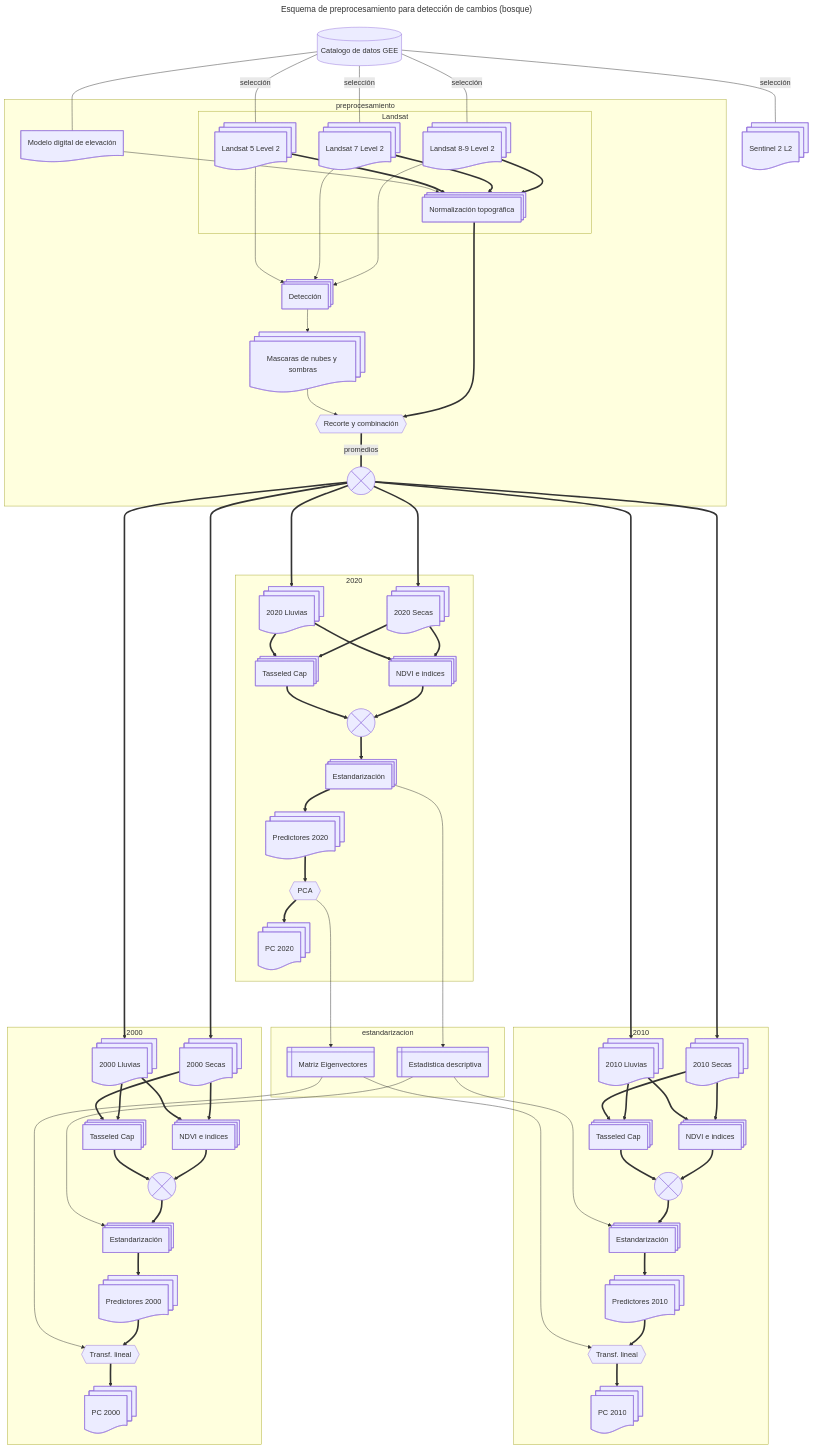
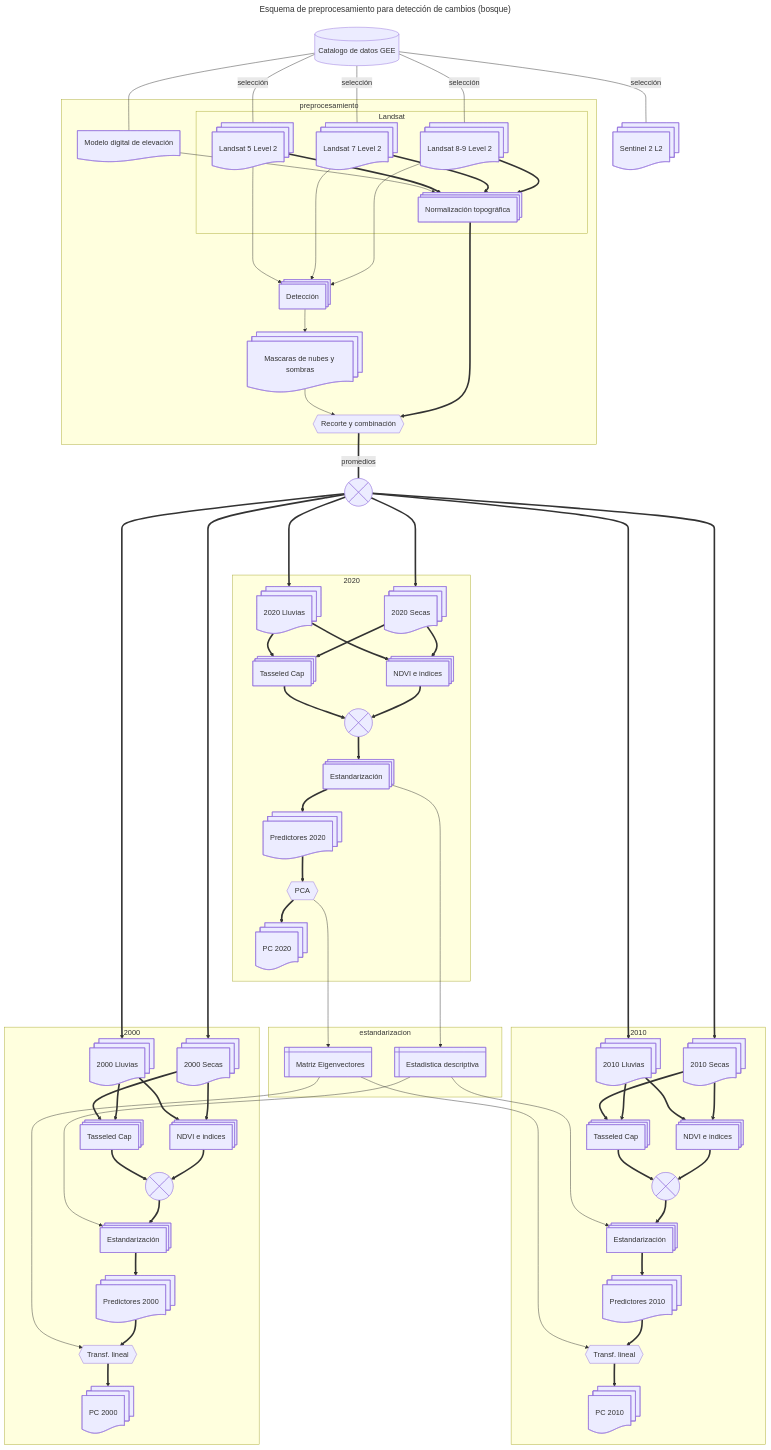
The diagram in ANPs/Esquema_preprocesamiento.mermaid (vshalisko/GEE), drawn with Mermaid before and after one commit.

```diff
--- a/ANPs/Esquema_preprocesamiento.mermaid
+++ b/ANPs/Esquema_preprocesamiento.mermaid
@@ -1,134 +1,135 @@
 ---
 title: Esquema de preprocesamiento para detección de cambios (bosque)
 ---
 flowchart TD
     gee1[(Catalogo de datos GEE)]
     Landsat8@{ shape: docs, label: Landsat 8-9 Level 2}
     Landsat7@{ shape: docs, label: Landsat 7 Level 2}
     Landsat5@{ shape: docs, label: Landsat 5 Level 2}
     Sentinel2@{ shape: docs, label: Sentinel 2 L2}
     MDE@{ shape: doc, label: Modelo digital de elevación}
     
     INS@{ shape: procs, label: "Detección"}
     MNS@{ shape: docs, label: "Mascaras de nubes y sombras"}
     NT@{ shape: procs, label: "Normalización topográfica"}
     Combinacion1@{ shape: hex, label: "Recorte y combinación" }
     Combinacion2@{ shape: cross-circ, label: "Promedios de bandas" }
 
     BSecas2000@{ shape: docs, label: 2000 Secas}
     BLluvias2000@{ shape: docs, label: 2000 Lluvias}
     BSecas2010@{ shape: docs, label: 2010 Secas}
     BLluvias2010@{ shape: docs, label: 2010 Lluvias}
     BSecas2020@{ shape: docs, label: 2020 Secas}
     BLluvias2020@{ shape: docs, label: 2020 Lluvias}
 
     IndVeg2000@{ shape: procs, label: "NDVI e indices"}
     IndVeg2010@{ shape: procs, label: "NDVI e indices"}
     IndVeg2020@{ shape: procs, label: "NDVI e indices"}
     Tass2000@{ shape: procs, label: "Tasseled Cap"}
     Tass2010@{ shape: procs, label: "Tasseled Cap"}
     Tass2020@{ shape: procs, label: "Tasseled Cap"}
 
     Comb2000@{ shape: cross-circ, label: "Combinación" }
     Comb2010@{ shape: cross-circ, label: "Combinación" }
     Comb2020@{ shape: cross-circ, label: "Combinación" }
 
     Est2000@{ shape: procs, label: "Estandarización"}
     Est2010@{ shape: procs, label: "Estandarización"}
     Est2020@{ shape: procs, label: "Estandarización"}
 
     Capas2000@{ shape: docs, label: "Predictores 2000"}
     Capas2010@{ shape: docs, label: "Predictores 2010"}
     Capas2020@{ shape: docs, label: "Predictores 2020"}
 
     PCA2020@{ shape: hex, label: "PCA"}
     TL2000@{ shape: hex, label: "Transf. lineal"}
     TL2010@{ shape: hex, label: "Transf. lineal"}
 
     CapasPCA2000@{ shape: docs, label: "PC 2000"}
     CapasPCA2010@{ shape: docs, label: "PC 2010"}
     CapasPCA2020@{ shape: docs, label: "PC 2020"}
 
     Estadisticas@{ shape: win-pane, label: "Estadistica descriptiva" }
     Eigenvectors@{ shape: win-pane, label: "Matriz Eigenvectores" }
 
     gee1---|selección|Landsat8
     gee1---|selección|Landsat7
     gee1---|selección|Landsat5
     gee1---|selección|Sentinel2
     gee1---MDE
 
     subgraph preprocesamiento
         subgraph Landsat
             Landsat8==>NT
             Landsat7==>NT
             Landsat5==>NT
         end
 
         MDE-->NT
         NT==>Combinacion1
 
         Landsat8---->INS
         Landsat7---->INS
         Landsat5---->INS
 
         INS-->MNS
         MNS-->Combinacion1
-        Combinacion1===|promedios|Combinacion2
     end
+
+    Combinacion1===|promedios|Combinacion2
 
     Combinacion2====>BSecas2000
     Combinacion2====>BLluvias2000
     Combinacion2====>BSecas2010
     Combinacion2====>BLluvias2010
     Combinacion2====>BSecas2020
     Combinacion2====>BLluvias2020
 
     subgraph 2000
         BSecas2000==>IndVeg2000
         BLluvias2000==>Tass2000
         BLluvias2000==>IndVeg2000
         BSecas2000==>Tass2000
         IndVeg2000==>Comb2000
         Tass2000==>Comb2000
         Comb2000==>Est2000
         Est2000==>Capas2000
         Capas2000==>TL2000
         TL2000==>CapasPCA2000
     end
 
     subgraph 2010
         BSecas2010==>IndVeg2010
         BLluvias2010==>Tass2010
         BLluvias2010==>IndVeg2010
         BSecas2010==>Tass2010
         IndVeg2010==>Comb2010
         Tass2010==>Comb2010
         Comb2010==>Est2010
         Est2010==>Capas2010
         Capas2010==>TL2010
         TL2010==>CapasPCA2010
     end
 
     subgraph 2020
         BSecas2020==>IndVeg2020
         BSecas2020==>Tass2020
         BLluvias2020==>IndVeg2020
         BLluvias2020==>Tass2020
         IndVeg2020==>Comb2020
         Tass2020==>Comb2020
         Comb2020==>Est2020
         Est2020==>Capas2020
         Capas2020==>PCA2020
         PCA2020==>CapasPCA2020
     end
 
     subgraph estandarizacion
         Est2020---->Estadisticas
         Estadisticas---->Est2000
         Estadisticas---->Est2010
 
         PCA2020---->Eigenvectors
         Eigenvectors---->TL2000
         Eigenvectors---->TL2010
     end
```
